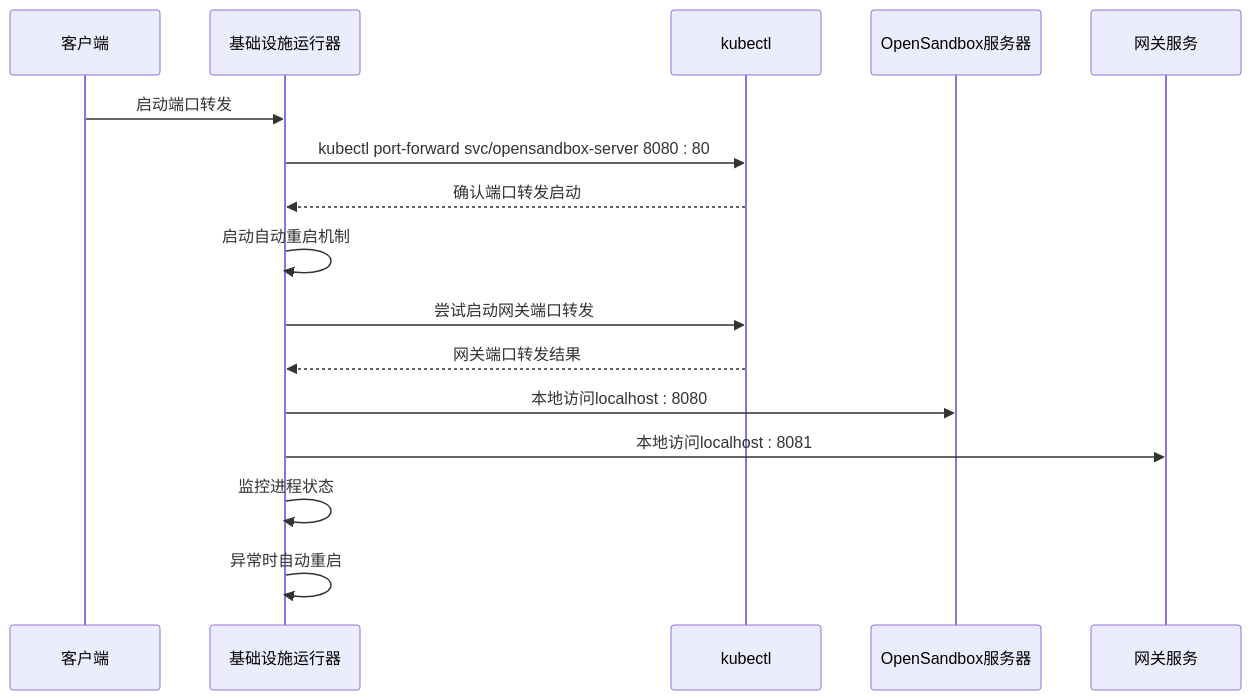
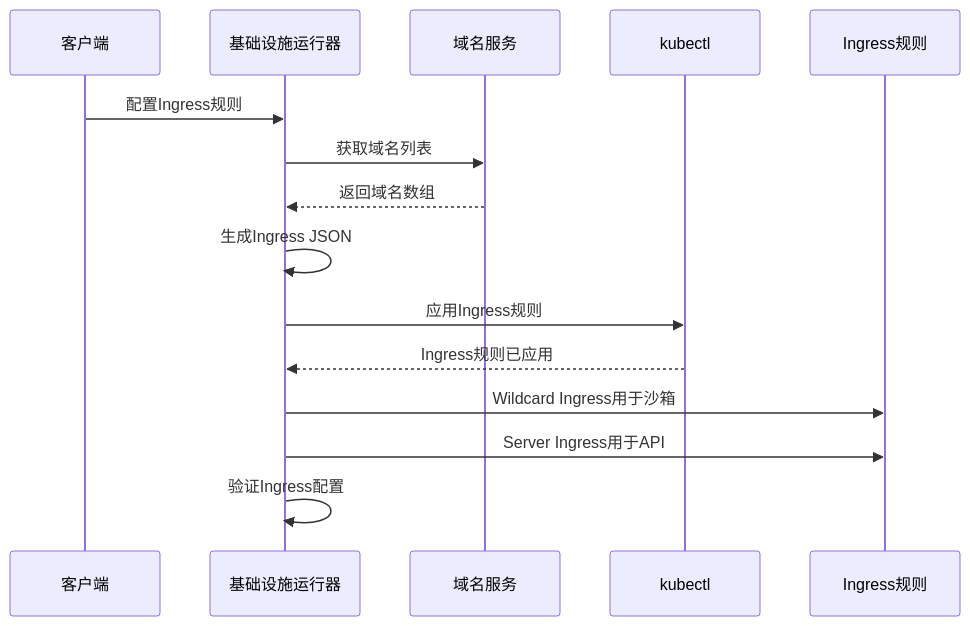
Before and after one commit to RabbitAI-Lab/Sandbox-Manager: the eighth of 10 diagrams in .qoder/repowiki/zh/content/数据模型与接口/API接口规范/REST API规范/系统设置API.md, drawn with Mermaid. The commit also changed other lines of this file and 21 other files, not shown here.

````diff
--- a/.qoder/repowiki/zh/content/数据模型与接口/API接口规范/REST API规范/系统设置API.md
+++ b/.qoder/repowiki/zh/content/数据模型与接口/API接口规范/REST API规范/系统设置API.md
@@ -315,18 +328,17 @@
 ```mermaid
 sequenceDiagram
 participant Client as 客户端
 participant InfraRunner as 基础设施运行器
+participant DomainService as 域名服务
 participant Kubectl as kubectl
-participant Server as OpenSandbox服务器
-participant Gateway as 网关服务
-Client->>InfraRunner : 启动端口转发
-InfraRunner->>Kubectl : kubectl port-forward svc/opensandbox-server 8080 : 80
-Kubectl-->>InfraRunner : 确认端口转发启动
-InfraRunner->>InfraRunner : 启动自动重启机制
-InfraRunner->>Kubectl : 尝试启动网关端口转发
-Kubectl-->>InfraRunner : 网关端口转发结果
-InfraRunner->>Server : 本地访问localhost : 8080
-InfraRunner->>Gateway : 本地访问localhost : 8081
-InfraRunner->>InfraRunner : 监控进程状态
-InfraRunner->>InfraRunner : 异常时自动重启
+participant Ingress as Ingress规则
+Client->>InfraRunner : 配置Ingress规则
+InfraRunner->>DomainService : 获取域名列表
+DomainService-->>InfraRunner : 返回域名数组
+InfraRunner->>InfraRunner : 生成Ingress JSON
+InfraRunner->>Kubectl : 应用Ingress规则
+Kubectl-->>InfraRunner : Ingress规则已应用
+InfraRunner->>Ingress : Wildcard Ingress用于沙箱
+InfraRunner->>Ingress : Server Ingress用于API
+InfraRunner->>InfraRunner : 验证Ingress配置
 ```
````
